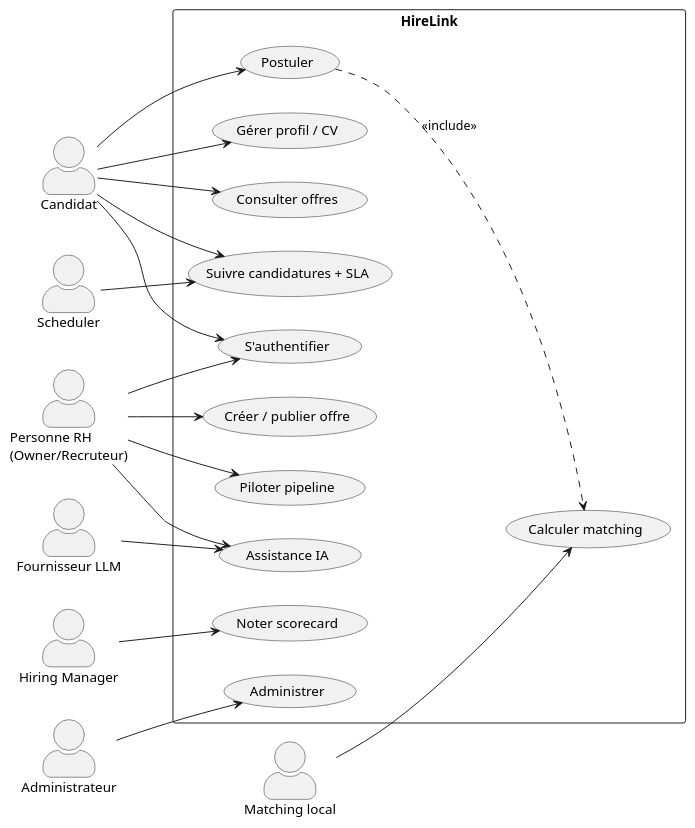
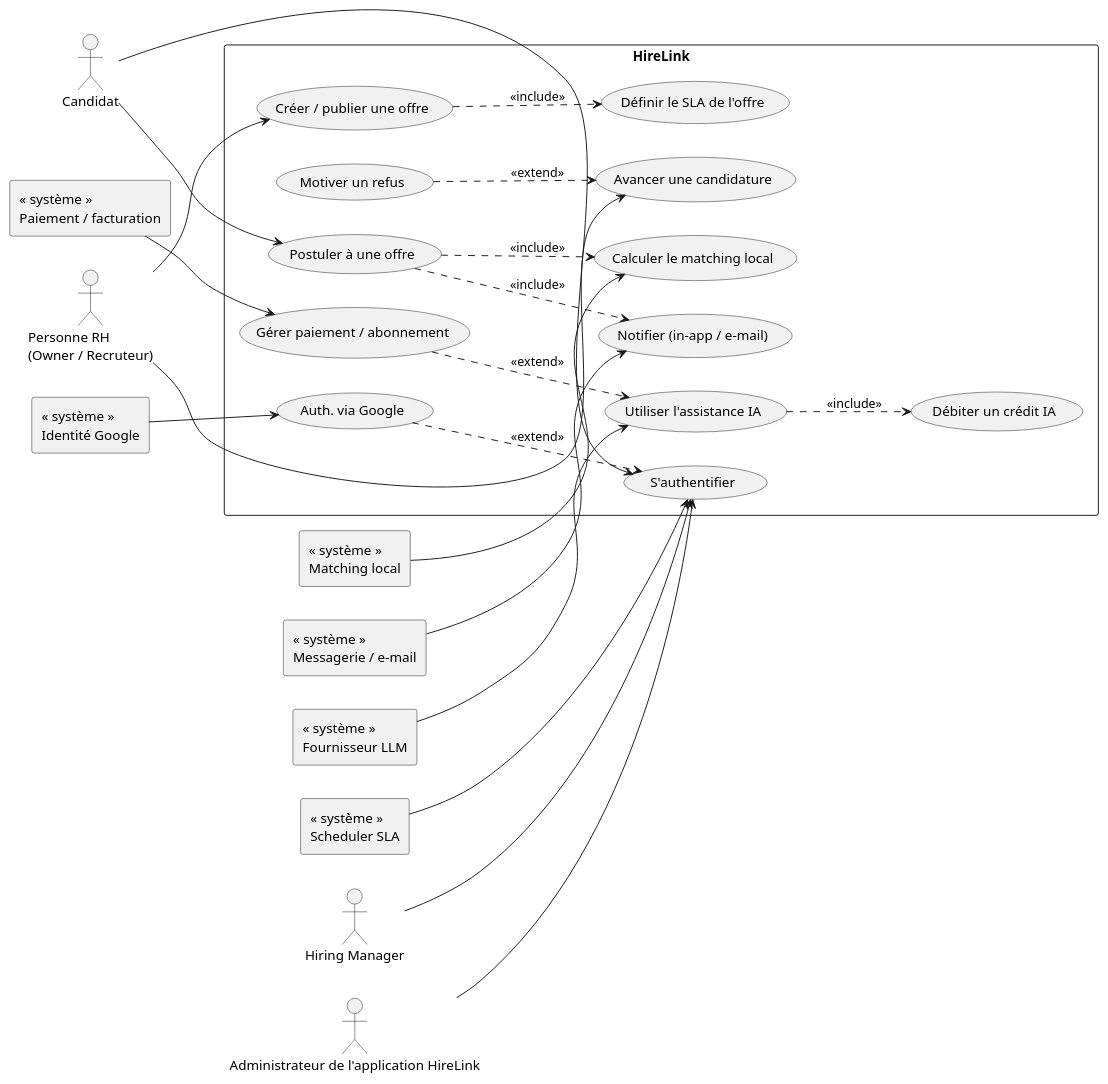
Before and after one commit to anadouae/HireLink: the diagram in docs/diagrammes/cas_utilisation_hirelink.puml, drawn with PlantUML. The commit also changed 25 other files, not shown here.

Commit message:
Optimize schema indexes, seed realistic Moroccan demo data, and add architecture diagrams.

```diff
--- a/docs/diagrammes/cas_utilisation_hirelink.puml
+++ b/docs/diagrammes/cas_utilisation_hirelink.puml
@@ -1,40 +1,47 @@
-@startuml HireLink_UseCases
+@startuml
 left to right direction
 skinparam packageStyle rectangle
-skinparam actorStyle awesome
-actor "Candidat" as Cand
-actor "Personne RH\n(Owner/Recruteur)" as RH
+actor "Candidat" as C
+actor "Personne RH\n(Owner / Recruteur)" as RH
 actor "Hiring Manager" as HM
-actor "Administrateur" as Admin
-actor "Matching local" as Match
-actor "Fournisseur LLM" as LLM
-actor "Scheduler" as Sched
+actor "Administrateur de l'application HireLink" as A
+rectangle "« système »\nMatching local" as M
+rectangle "« système »\nFournisseur LLM" as L
+rectangle "« système »\nMessagerie / e-mail" as E
+rectangle "« système »\nPaiement / facturation" as P
+rectangle "« système »\nScheduler SLA" as S
+rectangle "« système »\nIdentité Google" as G
 rectangle "HireLink" {
-  usecase "S'authentifier" as UC01
-  usecase "Gérer profil / CV" as UC02
-  usecase "Consulter offres" as UC03
-  usecase "Postuler" as UC04
-  usecase "Suivre candidatures + SLA" as UC05
-  usecase "Créer / publier offre" as UC07
-  usecase "Piloter pipeline" as UC08
-  usecase "Noter scorecard" as UC10
-  usecase "Assistance IA" as UC12
-  usecase "Calculer matching" as UC15
-  usecase "Administrer" as UC99
+  usecase "S'authentifier" as Auth
+  usecase "Postuler à une offre" as Post
+  usecase "Calculer le matching local" as Match
+  usecase "Créer / publier une offre" as Creer
+  usecase "Définir le SLA de l'offre" as SLA
+  usecase "Utiliser l'assistance IA" as IA
+  usecase "Débiter un crédit IA" as Credit
+  usecase "Notifier (in-app / e-mail)" as Notif
+  usecase "Motiver un refus" as Refus
+  usecase "Avancer une candidature" as Avancer
+  usecase "Auth. via Google" as AG
+  usecase "Gérer paiement / abonnement" as Pay
 }
-Cand --> UC01
-Cand --> UC02
-Cand --> UC03
-Cand --> UC04
-Cand --> UC05
-RH --> UC01
-RH --> UC07
-RH --> UC08
-RH --> UC12
-HM --> UC10
-Admin --> UC99
-UC04 ..> UC15 : <<include>>
-Match --> UC15
-LLM --> UC12
-Sched --> UC05
+C --> Auth
+C --> Post
+RH --> Creer
+RH --> Avancer
+HM --> Auth
+A --> Auth
+Post ..> Match : <<include>>
+Creer ..> SLA : <<include>>
+IA ..> Credit : <<include>>
+Post ..> Notif : <<include>>
+Refus ..> Avancer : <<extend>>
+AG ..> Auth : <<extend>>
+Pay ..> IA : <<extend>>
+M --> Match
+L --> IA
+E --> Notif
+P --> Pay
+S --> Auth
+G --> AG
 @enduml
```
